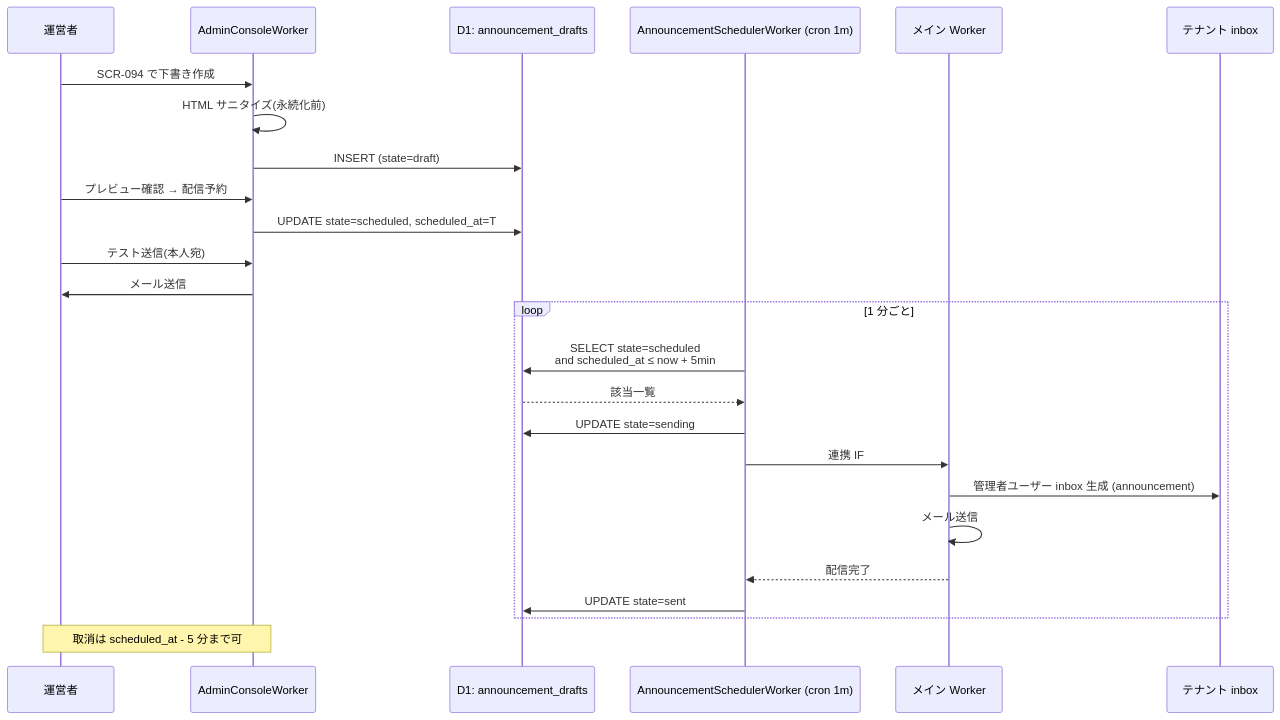
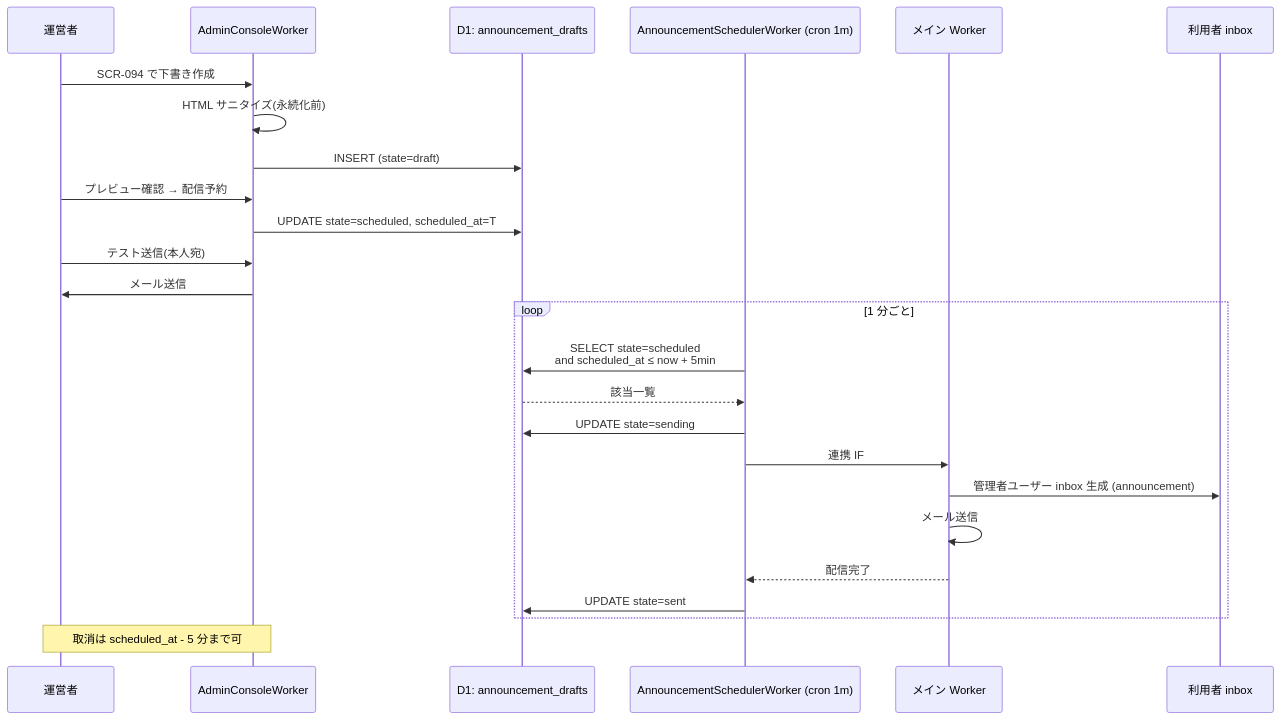
One commit to sikakou54/open-faq changed diagram 18 of 25 in 02_admin/02_basic_design.md. Above: the diagram before and after it, drawn with Mermaid. The commit also changed other lines of this file and 22 other files, not shown here.

````diff
--- a/02_admin/02_basic_design.md
+++ b/02_admin/02_basic_design.md
@@ -1467,30 +1467,30 @@
 ```mermaid
 sequenceDiagram
     participant Op as 運営者
     participant Admin as AdminConsoleWorker
     participant D1 as D1: announcement_drafts
     participant Sched as AnnouncementSchedulerWorker (cron 1m)
     participant Main as メイン Worker
-    participant Inbox as テナント inbox
+    participant Inbox as 利用者 inbox
 
     Op->>Admin: SCR-094 で下書き作成
     Admin->>Admin: HTML サニタイズ(永続化前)
     Admin->>D1: INSERT (state=draft)
     Op->>Admin: プレビュー確認 → 配信予約
     Admin->>D1: UPDATE state=scheduled, scheduled_at=T
     Op->>Admin: テスト送信(本人宛)
     Admin->>Op: メール送信
 
     loop 1 分ごと
         Sched->>D1: SELECT state=scheduled<br/>and scheduled_at ≤ now + 5min
         D1-->>Sched: 該当一覧
         Sched->>D1: UPDATE state=sending
         Sched->>Main: 連携 IF #7 でメインへ転送
         Main->>Inbox: 管理者ユーザー inbox 生成 (announcement)
         Main->>Main: メール送信
         Main-->>Sched: 配信完了
         Sched->>D1: UPDATE state=sent
     end
 
     Note over Op,Admin: 取消は scheduled_at - 5 分まで可
 ```
````
